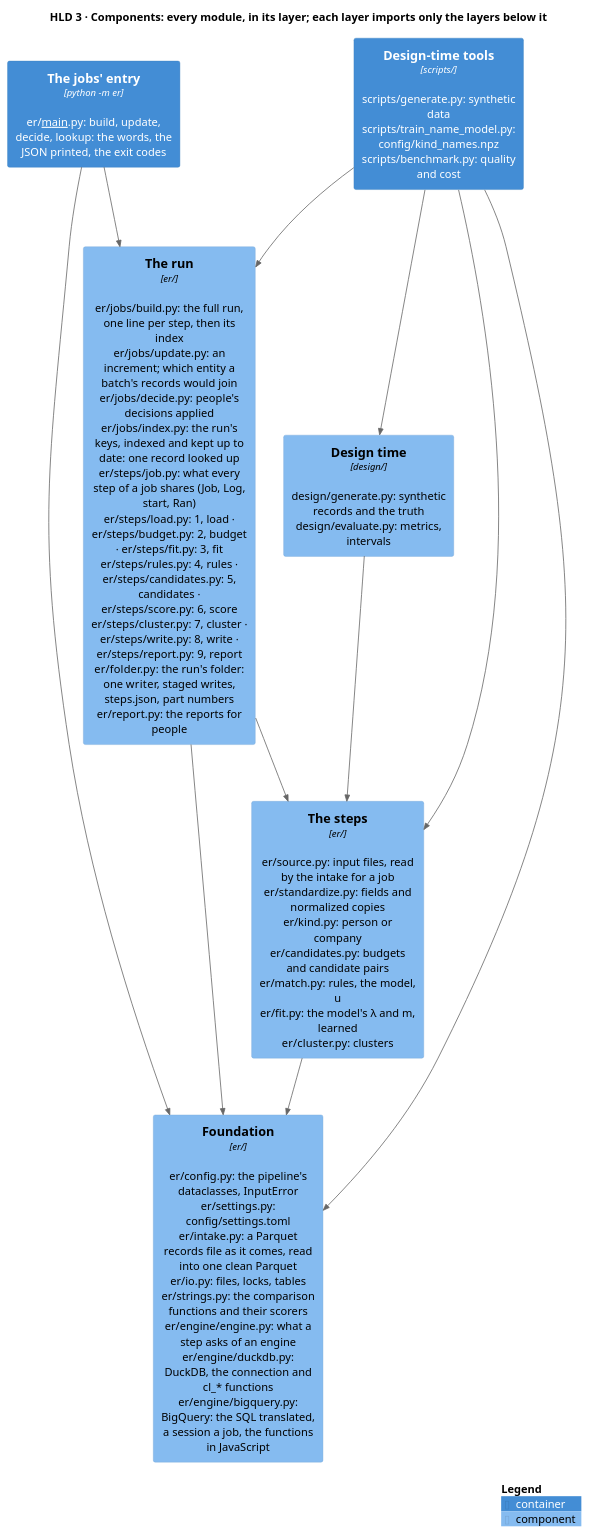
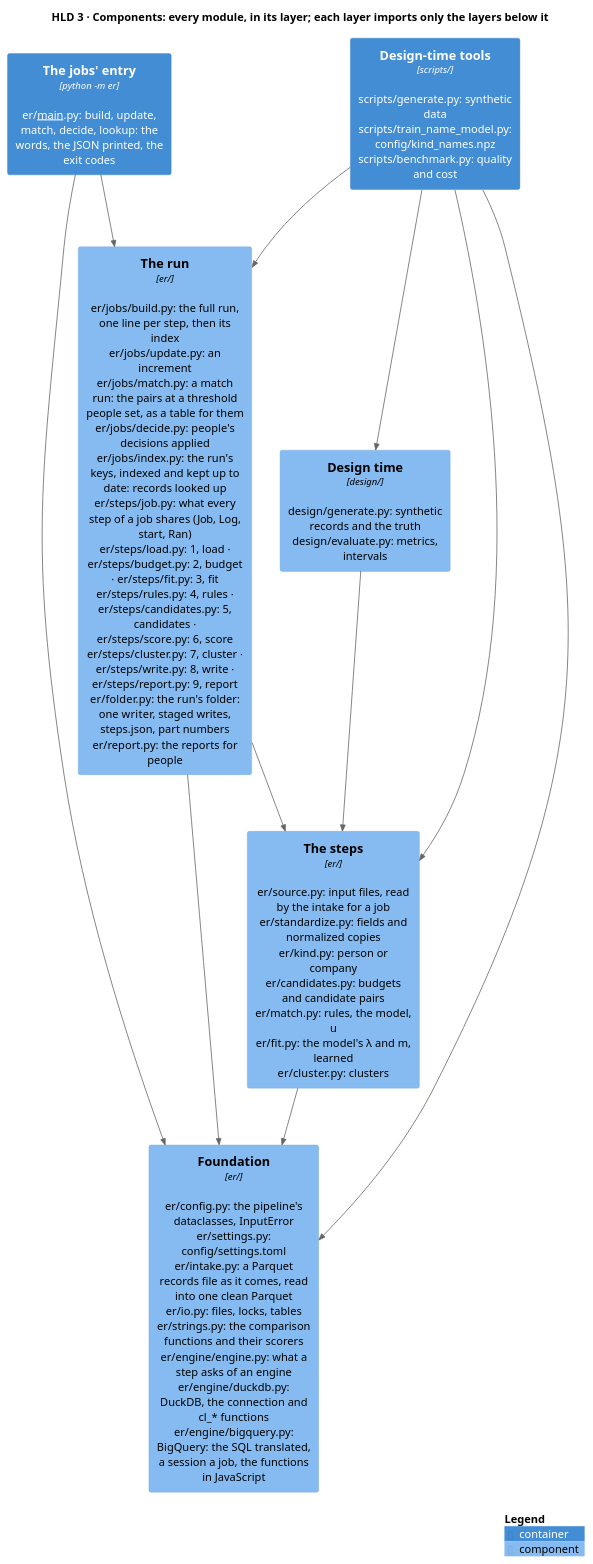
Before and after one commit to mvsbm/entity_matching: the diagram in docs/diagrams/components.puml, drawn with PlantUML. The commit also changed 57 other files, not shown here.

```diff
--- a/docs/diagrams/components.puml
+++ b/docs/diagrams/components.puml
@@ -1,27 +1,27 @@
 @startuml components
 !include <C4/C4_Component>
 LAYOUT_TOP_DOWN()
 HIDE_STEREOTYPE()
 title HLD 3 · Components: every module, in its layer; each layer imports only the layers below it
 
-Container(tools_run, "The jobs' entry", "python -m er", "er/__main__.py: build, update, decide, lookup: the words, the JSON printed, the exit codes")
+Container(tools_run, "The jobs' entry", "python -m er", "er/__main__.py: build, update, match, decide, lookup: the words, the JSON printed, the exit codes")
 Container(tools_design, "Design-time tools", "scripts/", "scripts/generate.py: synthetic data\nscripts/train_name_model.py: config/kind_names.npz\nscripts/benchmark.py: quality and cost")
 
-Component(run, "The run", "er/", "er/jobs/build.py: the full run, one line per step, then its index\ner/jobs/update.py: an increment; which entity a batch's records would join\ner/jobs/decide.py: people's decisions applied\ner/jobs/index.py: the run's keys, indexed and kept up to date: one record looked up\ner/steps/job.py: what every step of a job shares (Job, Log, start, Ran)\ner/steps/load.py: 1, load · er/steps/budget.py: 2, budget · er/steps/fit.py: 3, fit\ner/steps/rules.py: 4, rules · er/steps/candidates.py: 5, candidates · er/steps/score.py: 6, score\ner/steps/cluster.py: 7, cluster · er/steps/write.py: 8, write · er/steps/report.py: 9, report\ner/folder.py: the run's folder: one writer, staged writes, steps.json, part numbers\ner/report.py: the reports for people")
+Component(run, "The run", "er/", "er/jobs/build.py: the full run, one line per step, then its index\ner/jobs/update.py: an increment\ner/jobs/match.py: a match run: the pairs at a threshold people set, as a table for them\ner/jobs/decide.py: people's decisions applied\ner/jobs/index.py: the run's keys, indexed and kept up to date: records looked up\ner/steps/job.py: what every step of a job shares (Job, Log, start, Ran)\ner/steps/load.py: 1, load · er/steps/budget.py: 2, budget · er/steps/fit.py: 3, fit\ner/steps/rules.py: 4, rules · er/steps/candidates.py: 5, candidates · er/steps/score.py: 6, score\ner/steps/cluster.py: 7, cluster · er/steps/write.py: 8, write · er/steps/report.py: 9, report\ner/folder.py: the run's folder: one writer, staged writes, steps.json, part numbers\ner/report.py: the reports for people")
 Component(design, "Design time", "design/", "design/generate.py: synthetic records and the truth\ndesign/evaluate.py: metrics, intervals")
 Component(steps, "The steps", "er/", "er/source.py: input files, read by the intake for a job\ner/standardize.py: fields and normalized copies\ner/kind.py: person or company\ner/candidates.py: budgets and candidate pairs\ner/match.py: rules, the model, u\ner/fit.py: the model's λ and m, learned\ner/cluster.py: clusters")
 Component(configuration, "Foundation", "er/", "er/config.py: the pipeline's dataclasses, InputError\ner/settings.py: config/settings.toml\ner/intake.py: a Parquet records file as it comes, read into one clean Parquet\ner/io.py: files, locks, tables\ner/strings.py: the comparison functions and their scorers\ner/engine/engine.py: what a step asks of an engine\ner/engine/duckdb.py: DuckDB, the connection and cl_* functions\ner/engine/bigquery.py: BigQuery: the SQL translated, a session a job, the functions in JavaScript")
 
 Rel_D(tools_run, run, "")
 Rel_D(tools_run, configuration, "")
 Rel_D(tools_design, run, "")
 Rel_D(tools_design, design, "")
 Rel_D(tools_design, steps, "")
 Rel_D(tools_design, configuration, "")
 Rel_D(run, steps, "")
 Rel_D(run, configuration, "")
 Rel_D(design, steps, "")
 Rel_D(steps, configuration, "")
 
 SHOW_LEGEND()
 @enduml
```
